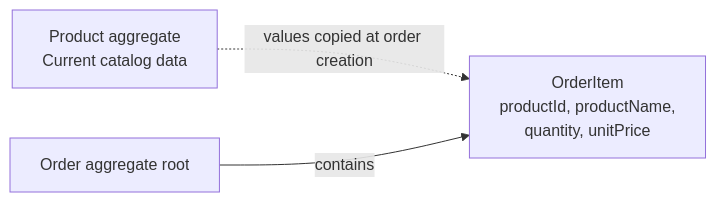
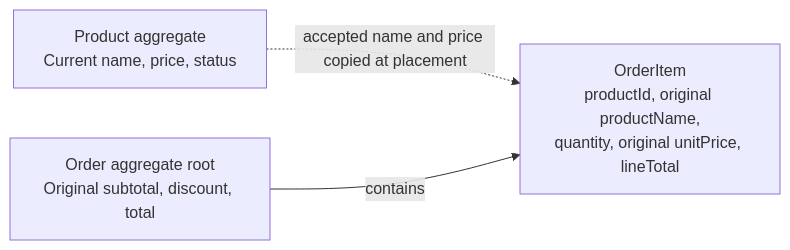
Before and after one commit to uvormbrock/agentic-order-service: the diagram in docs/02-architecture/order-item-snapshots.md, drawn with Mermaid. The commit also changed other lines of this file and 6 other files, not shown here.

````diff
--- a/docs/02-architecture/order-item-snapshots.md
+++ b/docs/02-architecture/order-item-snapshots.md
@@ -69,8 +32,8 @@
 ```mermaid
 flowchart LR
-    P["Product aggregate<br/>Current catalog data"]
-    O["Order aggregate root"]
-    I["OrderItem<br/>productId, productName,<br/>quantity, unitPrice"]
-    P -. "values copied at order creation" .-> I
+    P["Product aggregate<br/>Current name, price, status"]
+    O["Order aggregate root<br/>Original subtotal, discount, total"]
+    I["OrderItem<br/>productId, original productName,<br/>quantity, original unitPrice, lineTotal"]
+    P -. "accepted name and price copied at placement" .-> I
     O -->|contains| I
 ```
````
